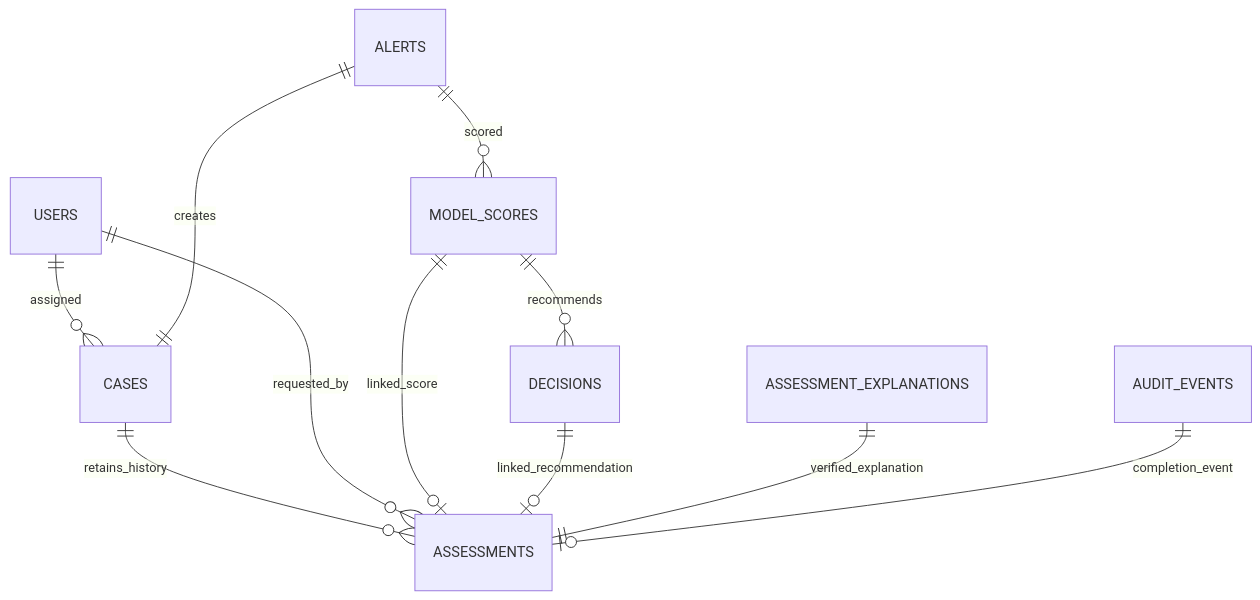
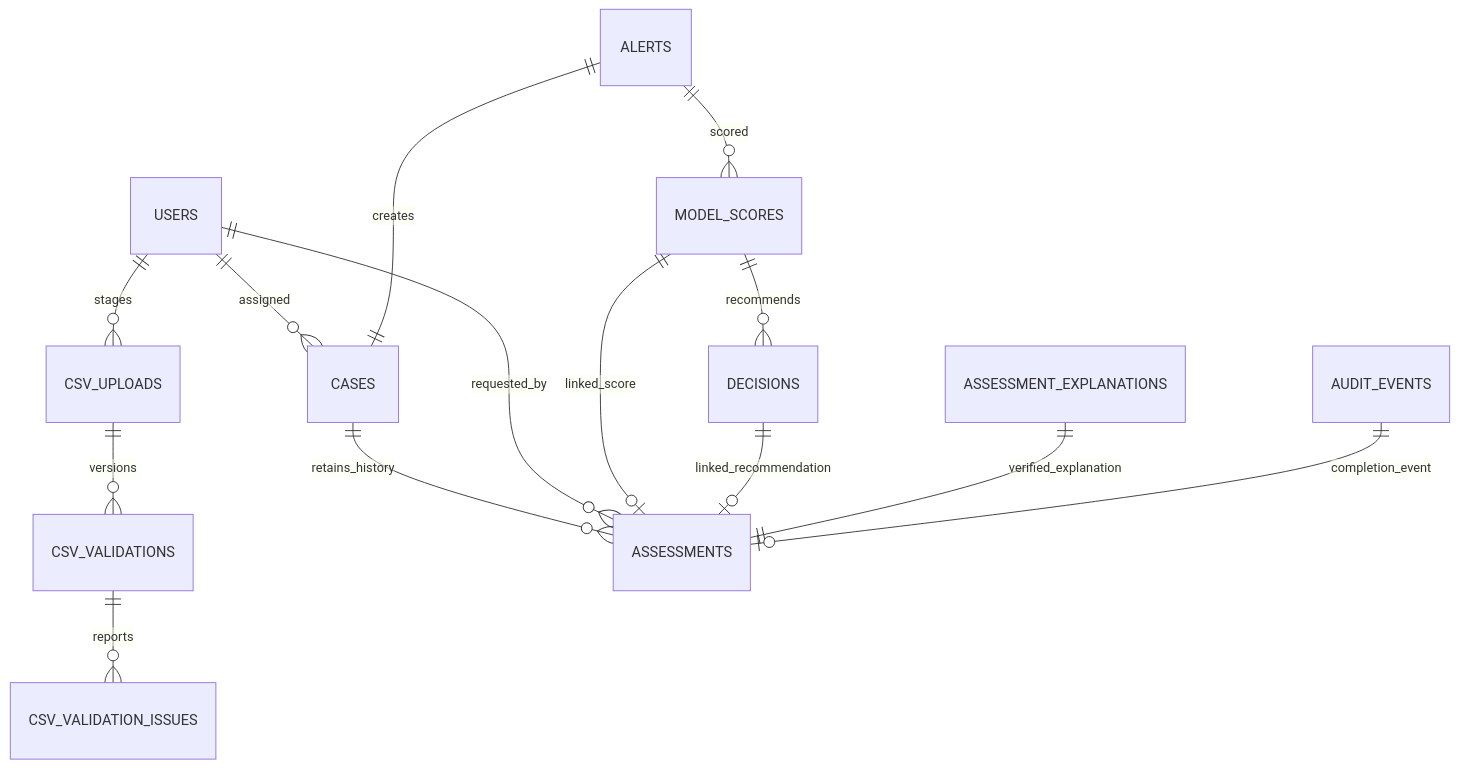
The diagram in docs/DATABASE_SCHEMA.md (HetPatel1978/TrueFlag_AI), drawn with Mermaid before and after one commit. The commit also changed other lines of this file and 25 other files, not shown here.

Commit message:
Add versioned CSV column mapping and validation previews

````diff
--- a/docs/DATABASE_SCHEMA.md
+++ b/docs/DATABASE_SCHEMA.md
@@ -24,13 +26,16 @@
 ```mermaid
 erDiagram
+    USERS ||--o{ CSV_UPLOADS : stages
+    CSV_UPLOADS ||--o{ CSV_VALIDATIONS : versions
+    CSV_VALIDATIONS ||--o{ CSV_VALIDATION_ISSUES : reports
     USERS ||--o{ CASES : assigned
     ALERTS ||--|| CASES : creates
     CASES ||--o{ ASSESSMENTS : retains_history
     USERS ||--o{ ASSESSMENTS : requested_by
     ALERTS ||--o{ MODEL_SCORES : scored
     MODEL_SCORES ||--o{ DECISIONS : recommends
     MODEL_SCORES ||--o| ASSESSMENTS : linked_score
     DECISIONS ||--o| ASSESSMENTS : linked_recommendation
     ASSESSMENT_EXPLANATIONS ||--|| ASSESSMENTS : verified_explanation
     AUDIT_EVENTS ||--o| ASSESSMENTS : completion_event
 ```
````
